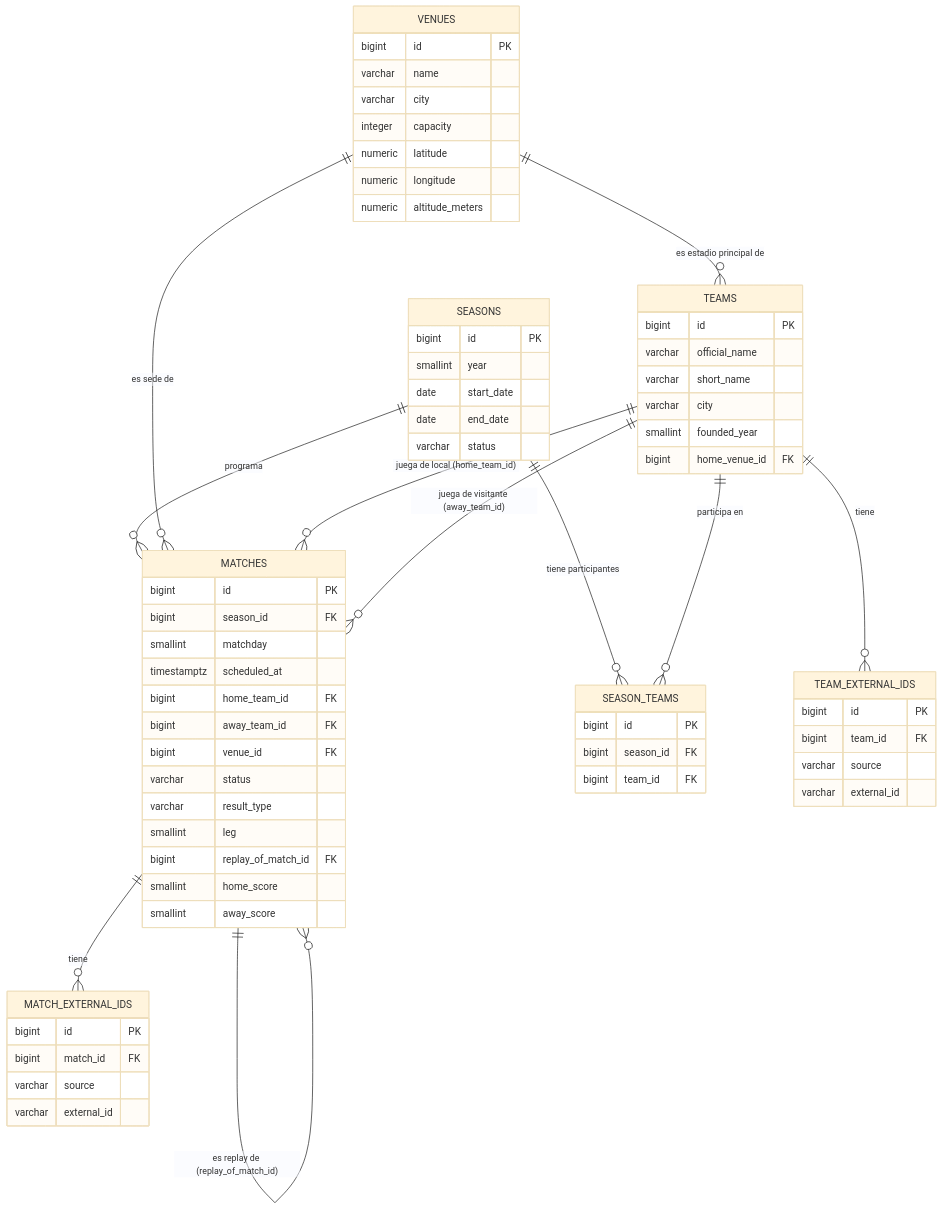
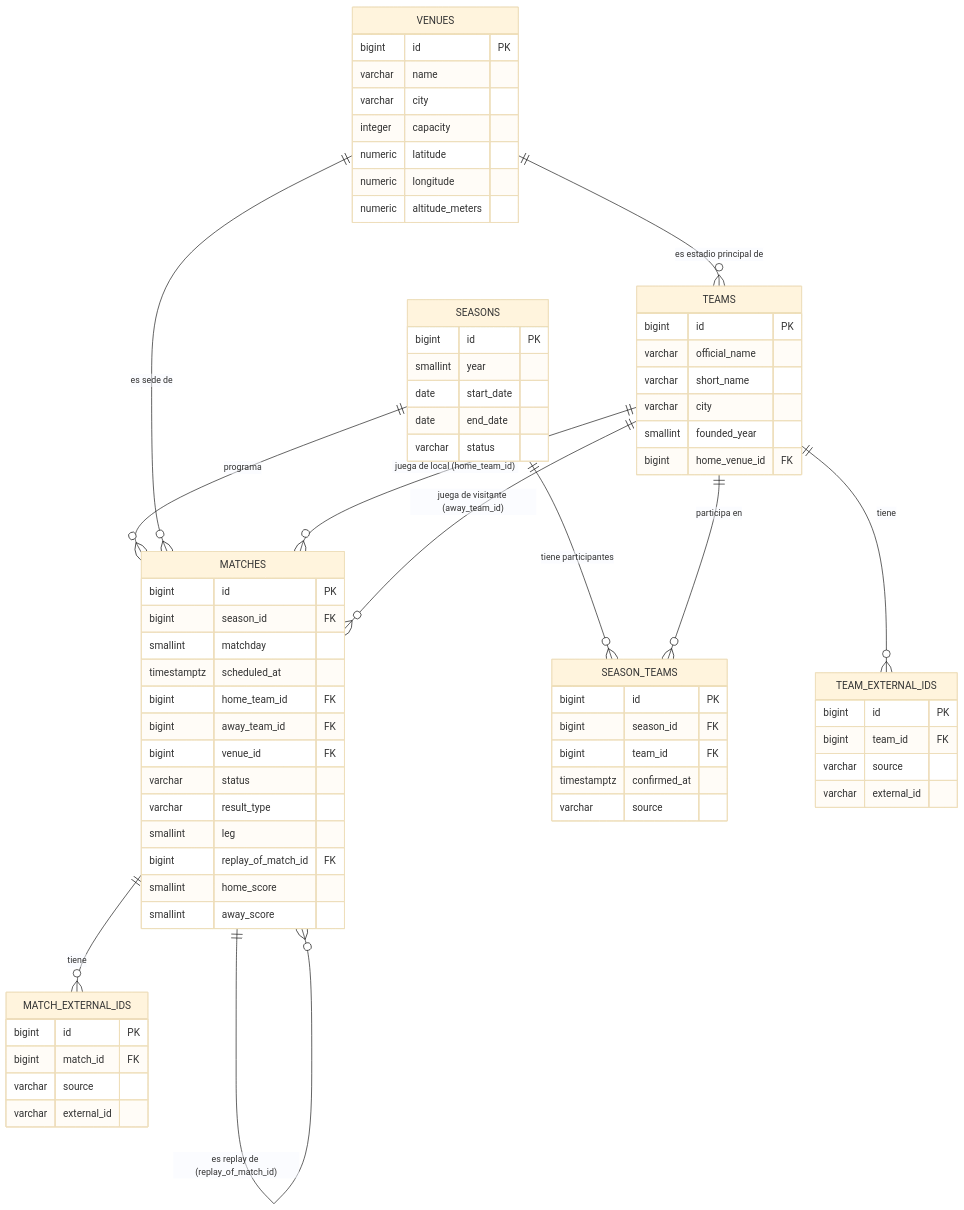
One commit to matiasdemetriorufeil/predictex changed the diagram in docs/schema_core.md. Above: the diagram before and after it, drawn with Mermaid (base theme). The commit also changed other lines of this file and 9 other files, not shown here.

````diff
--- a/docs/schema_core.md
+++ b/docs/schema_core.md
@@ -151,76 +153,78 @@
 ```mermaid
 erDiagram
     SEASONS ||--o{ MATCHES : "programa"
     SEASONS ||--o{ SEASON_TEAMS : "tiene participantes"
     TEAMS ||--o{ SEASON_TEAMS : "participa en"
     VENUES ||--o{ MATCHES : "es sede de"
     VENUES ||--o{ TEAMS : "es estadio principal de"
     TEAMS ||--o{ MATCHES : "juega de local (home_team_id)"
     TEAMS ||--o{ MATCHES : "juega de visitante (away_team_id)"
     TEAMS ||--o{ TEAM_EXTERNAL_IDS : "tiene"
     MATCHES ||--o{ MATCH_EXTERNAL_IDS : "tiene"
     MATCHES ||--o{ MATCHES : "es replay de (replay_of_match_id)"
 
     TEAMS {
         bigint id PK
         varchar official_name
         varchar short_name
         varchar city
         smallint founded_year
         bigint home_venue_id FK
     }
 
     VENUES {
         bigint id PK
         varchar name
         varchar city
         integer capacity
         numeric latitude
         numeric longitude
         numeric altitude_meters
     }
 
     SEASONS {
         bigint id PK
         smallint year
         date start_date
         date end_date
         varchar status
     }
 
     SEASON_TEAMS {
         bigint id PK
         bigint season_id FK
         bigint team_id FK
+        timestamptz confirmed_at
+        varchar source
     }
 
     MATCHES {
         bigint id PK
         bigint season_id FK
         smallint matchday
         timestamptz scheduled_at
         bigint home_team_id FK
         bigint away_team_id FK
         bigint venue_id FK
         varchar status
         varchar result_type
         smallint leg
         bigint replay_of_match_id FK
         smallint home_score
         smallint away_score
     }
 
     TEAM_EXTERNAL_IDS {
         bigint id PK
         bigint team_id FK
         varchar source
         varchar external_id
     }
 
     MATCH_EXTERNAL_IDS {
         bigint id PK
         bigint match_id FK
         varchar source
         varchar external_id
     }
 ```
````
